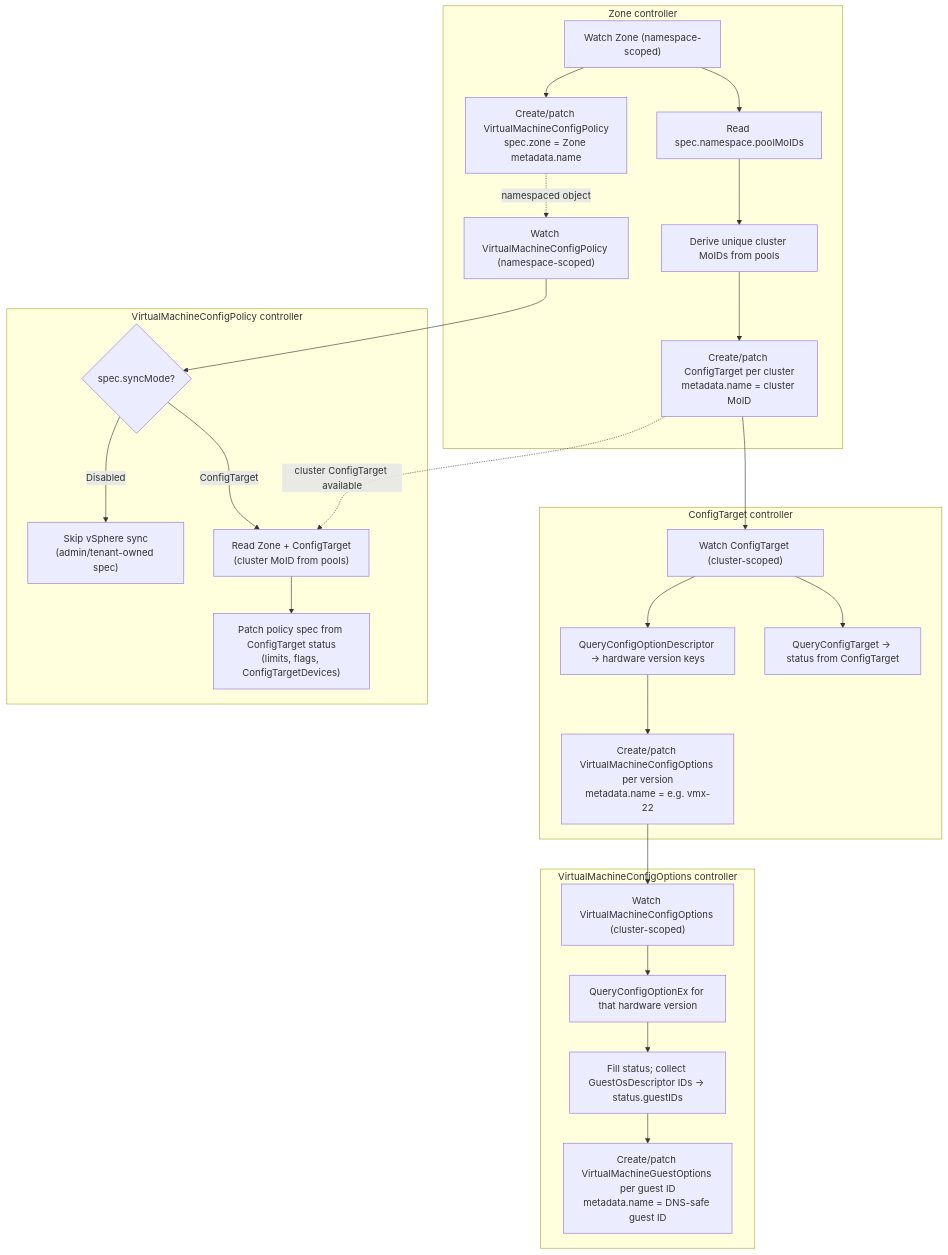
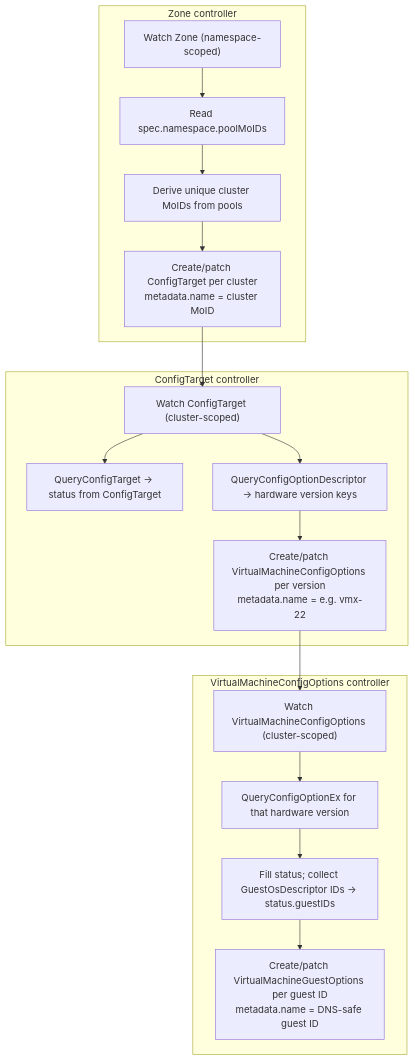
The first of 2 diagrams in external/vim/doc/controller-workflows.md (vmware-tanzu/vm-operator), drawn with Mermaid before and after one commit. The commit also changed other lines of this file and 33 other files, not shown here.

First line of the commit message:
🌱 Remove unused VirtualMachineConfigPolicy (#2074)

````diff
--- a/external/vim/doc/controller-workflows.md
+++ b/external/vim/doc/controller-workflows.md
@@ -12,45 +9,30 @@
 ```mermaid
 flowchart TB
   subgraph zone["Zone controller"]
     ZW["Watch Zone (namespace-scoped)"]
     ZP["Read spec.namespace.poolMoIDs"]
     ZC["Derive unique cluster MoIDs from pools"]
     ZCT["Create/patch ConfigTarget per cluster<br/>metadata.name = cluster MoID"]
-    ZVMCP["Create/patch VirtualMachineConfigPolicy<br/>spec.zone = Zone metadata.name"]
     ZW --> ZP --> ZC --> ZCT
-    ZW --> ZVMCP
-    ZVMCP -.->|"namespaced object"| VPW
   end
 
   subgraph ct["ConfigTarget controller"]
     CTW["Watch ConfigTarget (cluster-scoped)"]
     QCT["QueryConfigTarget → status from ConfigTarget"]
     QCOD["QueryConfigOptionDescriptor → hardware version keys"]
     CTO["Create/patch VirtualMachineConfigOptions per version<br/>metadata.name = e.g. vmx-22"]
     CTW --> QCT
     CTW --> QCOD --> CTO
   end
 
   subgraph vmco["VirtualMachineConfigOptions controller"]
     VW["Watch VirtualMachineConfigOptions (cluster-scoped)"]
     QCOE["QueryConfigOptionEx for that hardware version"]
     VST["Fill status; collect GuestOsDescriptor IDs → status.guestIDs"]
     VGO["Create/patch VirtualMachineGuestOptions per guest ID<br/>metadata.name = DNS-safe guest ID"]
     VW --> QCOE --> VST --> VGO
   end
 
-  subgraph vmcp["VirtualMachineConfigPolicy controller"]
-    VPW["Watch VirtualMachineConfigPolicy (namespace-scoped)"]
-    VCHK{"spec.syncMode?"}
-    VSM["Read Zone + ConfigTarget<br/>(cluster MoID from pools)"]
-    VPS["Patch policy spec from ConfigTarget status<br/>(limits, flags, ConfigTargetDevices)"]
-    VDIS["Skip vSphere sync<br/>(admin/tenant-owned spec)"]
-    VPW --> VCHK
-    VCHK -->|ConfigTarget| VSM --> VPS
-    VCHK -->|Disabled| VDIS
-  end
-
   ZCT --> CTW
   CTO --> VW
-  ZCT -.->|"cluster ConfigTarget available"| VSM
 ```
````
